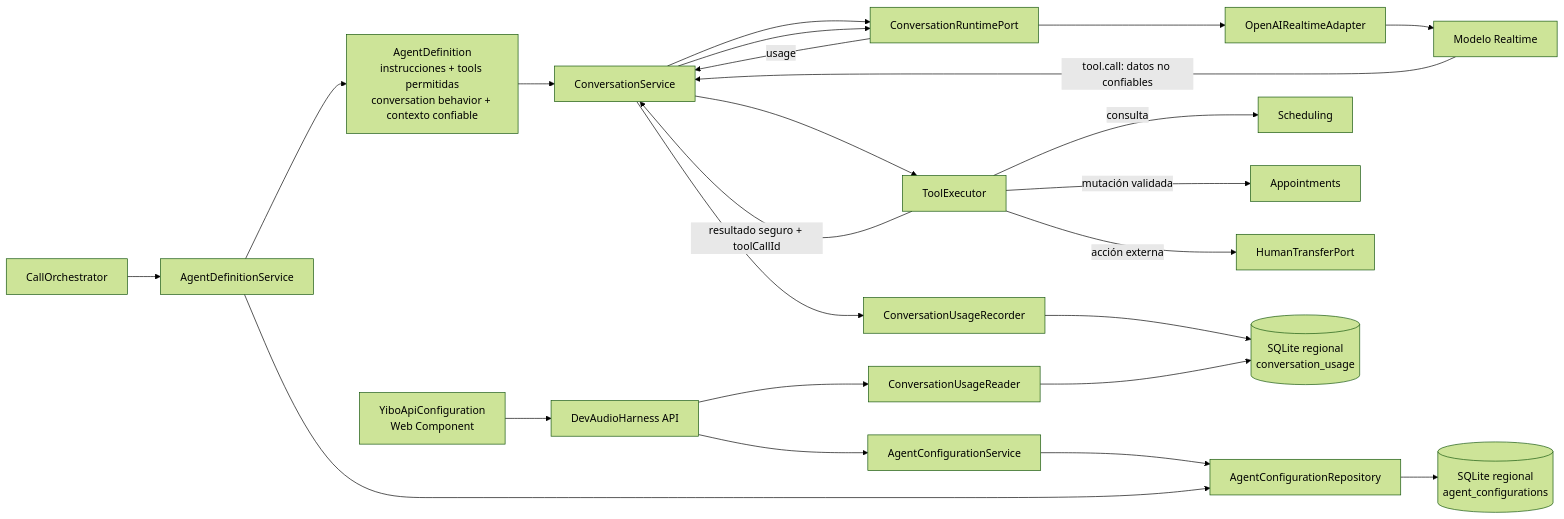
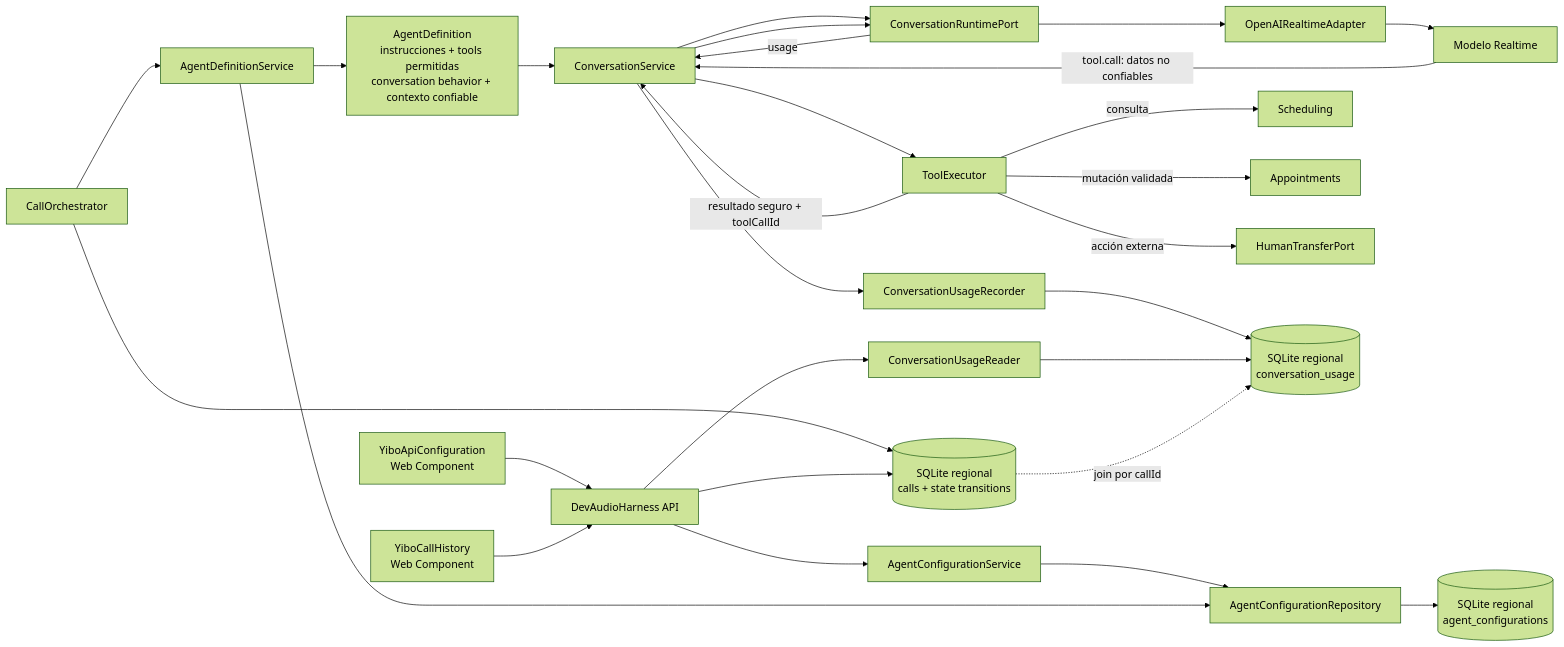
One commit to AlanCole1234/YIBO_AI_RECEPTIONIST changed the first of 2 diagrams in docs/AGENT_CONFIGURATION_AND_CAPABILITIES.md. Above: the diagram before and after it, drawn with Mermaid (forest theme). The commit also changed other lines of this file and 15 other files, not shown here.

Commit message:
feat: add persistent call history

````diff
--- a/docs/AGENT_CONFIGURATION_AND_CAPABILITIES.md
+++ b/docs/AGENT_CONFIGURATION_AND_CAPABILITIES.md
@@ -5,29 +5,33 @@
 ```mermaid
 flowchart LR
   UI["YiboApiConfiguration<br/>Web Component"] --> API["DevAudioHarness API"]
   API --> CS["AgentConfigurationService"]
   CS --> CR["AgentConfigurationRepository"]
   CR --> DB[("SQLite regional<br/>agent_configurations")]
 
   CALL["CallOrchestrator"] --> ADS["AgentDefinitionService"]
   ADS --> CR
   ADS --> DEF["AgentDefinition<br/>instrucciones + tools permitidas<br/>conversation behavior + contexto confiable"]
   DEF --> CONV["ConversationService"]
   CONV --> RT["ConversationRuntimePort"]
   RT --> OA["OpenAIRealtimeAdapter"]
   OA --> MODEL["Modelo Realtime"]
 
   MODEL -->|"tool.call: datos no confiables"| CONV
   CONV --> TE["ToolExecutor"]
   TE -->|"consulta"| SCH["Scheduling"]
   TE -->|"mutación validada"| APP["Appointments"]
   TE -->|"acción externa"| HUMAN["HumanTransferPort"]
   TE -->|"resultado seguro + toolCallId"| CONV
   CONV --> RT
 
   RT -->|"usage"| CONV
   CONV --> UR["ConversationUsageRecorder"]
   UR --> USAGE[("SQLite regional<br/>conversation_usage")]
   API --> URD["ConversationUsageReader"]
   URD --> USAGE
+  CALL --> CALLS[("SQLite regional<br/>calls + state transitions")]
+  HISTORY["YiboCallHistory<br/>Web Component"] --> API
+  API --> CALLS
+  CALLS -. "join por callId" .-> USAGE
 ```
````
